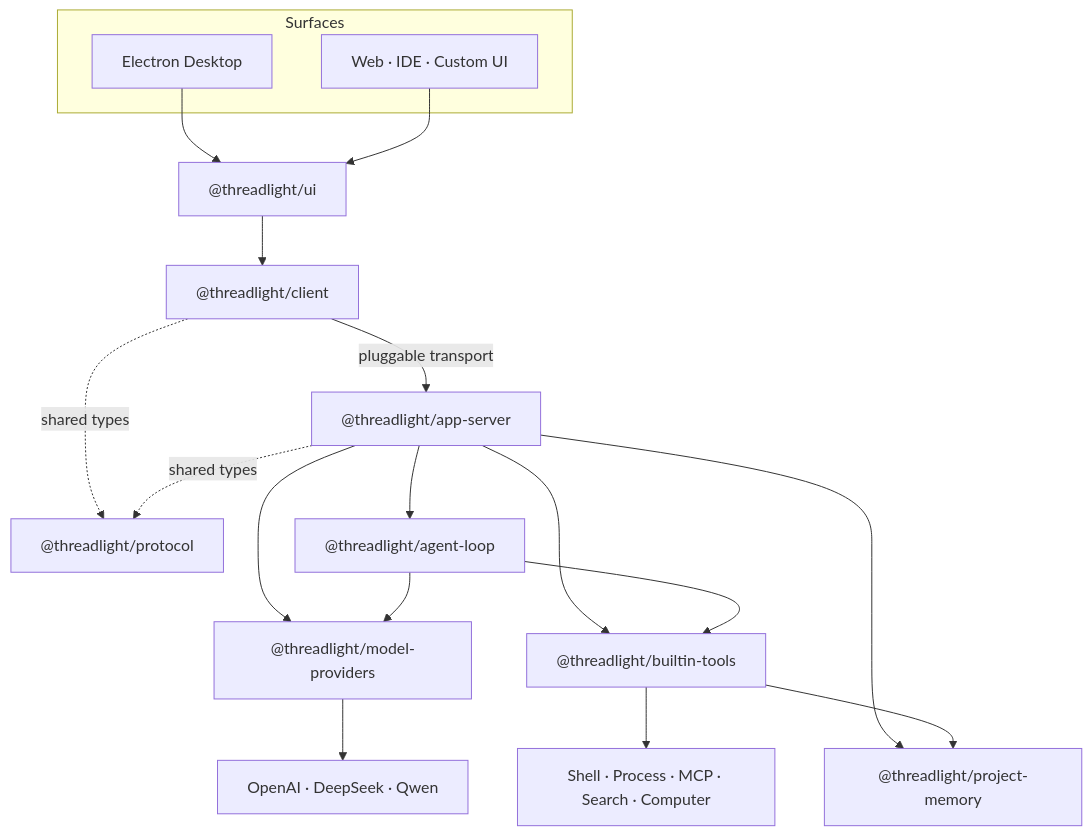
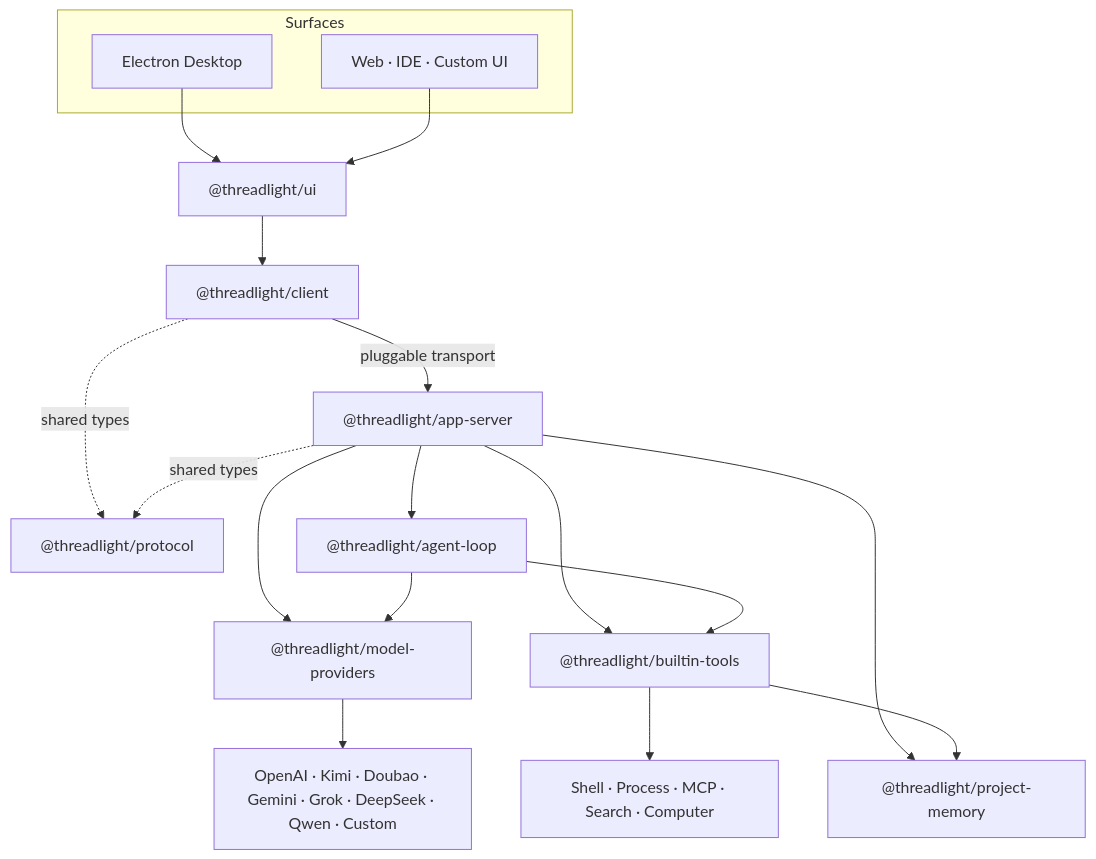
One commit to nagisa77/threadlight changed the diagram in README.en.md. Above: the diagram before and after it, drawn with Mermaid. The commit also changed other lines of this file and 23 other files, not shown here.

````diff
--- a/README.en.md
+++ b/README.en.md
@@ -101,34 +101,34 @@
 ```mermaid
 flowchart TB
     subgraph Surfaces["Surfaces"]
         Desktop["Electron Desktop"]
         Other["Web · IDE · Custom UI"]
     end
 
     UI["@threadlight/ui"]
     Client["@threadlight/client"]
     Protocol["@threadlight/protocol"]
     Server["@threadlight/app-server"]
     Loop["@threadlight/agent-loop"]
     Providers["@threadlight/model-providers"]
     Tools["@threadlight/builtin-tools"]
     Memory["@threadlight/project-memory"]
-    Models["OpenAI · DeepSeek · Qwen"]
+    Models["OpenAI · Kimi · Doubao · Gemini · Grok · DeepSeek · Qwen · Custom"]
     Runtime["Shell · Process · MCP · Search · Computer"]
 
     Desktop --> UI
     Other --> UI
     UI --> Client
     Client -->|"pluggable transport"| Server
     Client -. "shared types" .-> Protocol
     Server -. "shared types" .-> Protocol
     Server --> Loop
     Server --> Providers
     Server --> Tools
     Server --> Memory
     Loop --> Providers
     Loop --> Tools
     Providers --> Models
     Tools --> Runtime
     Tools --> Memory
 ```
````
